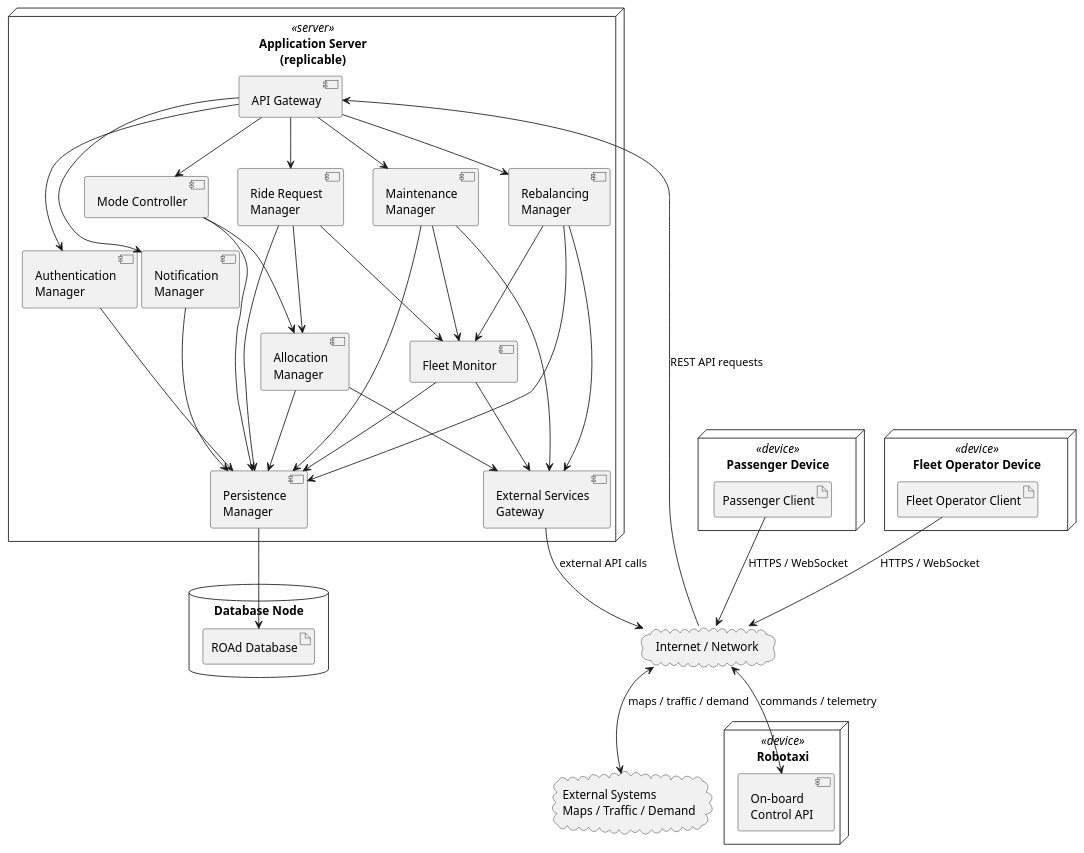
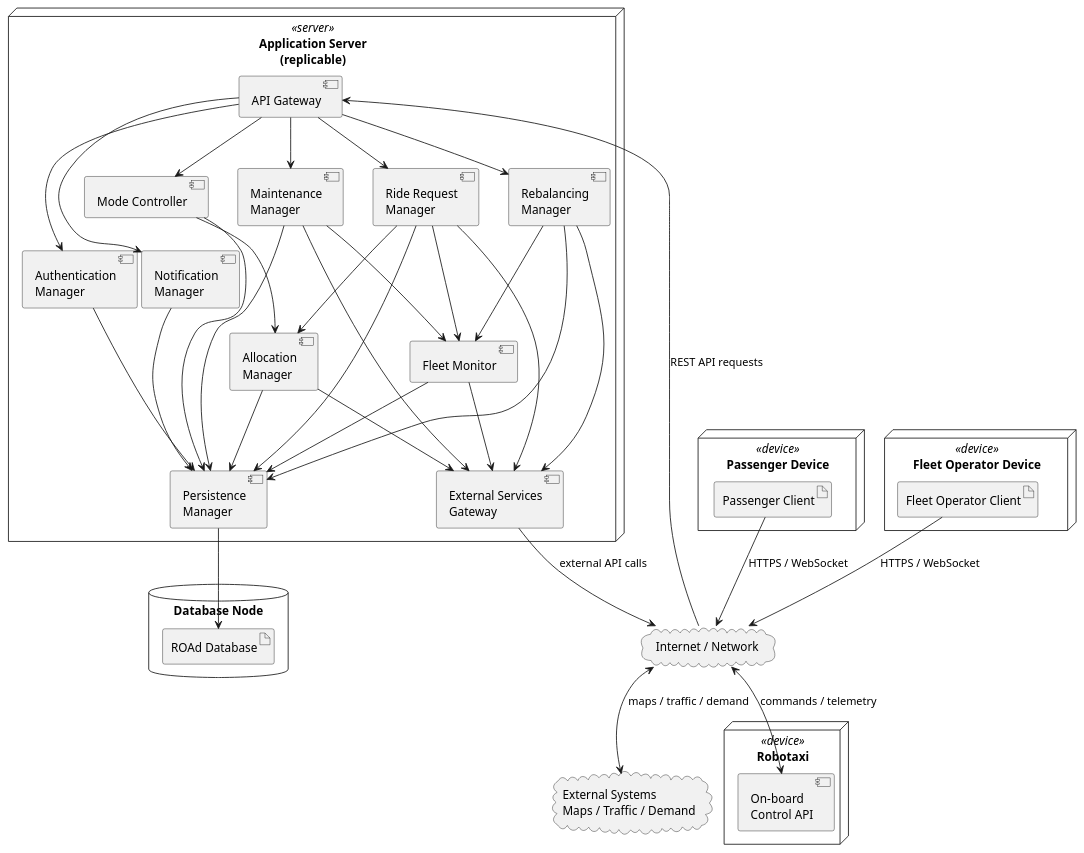
One commit to meggie-0/SE4A_ROAd_MargheritaBertipaglia_DavidCazzaniga_PasqualeIgnarra_Project changed the tenth of 10 diagrams in Implementation/docs/DD.md. Above: the diagram before and after it, drawn with PlantUML. The commit also changed other lines of this file and 30 other files, not shown here.

First line of the commit message:
M4: add RideRequestManager, advance booking activation and cancellation

````diff
--- a/Implementation/docs/DD.md
+++ b/Implementation/docs/DD.md
@@ -1006,71 +1018,72 @@
 ```plantuml
 node "Passenger Device" <<device>> as PassengerDevice {
     artifact "Passenger Client" as PassengerClient
 }
 
 node "Fleet Operator Device" <<device>> as OperatorDevice {
     artifact "Fleet Operator Client" as OperatorClient
 }
 
 cloud "Internet / Network" as Network
 
 node "Application Server\n(replicable)" <<server>> as AppServer {
     component "API Gateway" as APIGateway
     component "Authentication\nManager" as AuthManager
     component "Ride Request\nManager" as RideRequestManager
     component "Allocation\nManager" as AllocationManager
     component "Notification\nManager" as NotificationManager
     component "Maintenance\nManager" as MaintenanceManager
     component "Rebalancing\nManager" as RebalancingManager
     component "Fleet Monitor" as FleetMonitor
     component "Mode Controller" as ModeController
     component "Persistence\nManager" as PersistenceManager
     component "External Services\nGateway" as ExternalServicesGateway
 }
 
 database "Database Node" as DB {
     artifact "ROAd Database" as RoadDB
 }
 
 node "Robotaxi" <<device>> as Robotaxi {
     component "On-board\nControl API" as RobotaxiAPI
 }
 
 cloud "External Systems\nMaps / Traffic / Demand" as ExternalSystems
 
 PassengerClient --> Network : HTTPS / WebSocket
 OperatorClient --> Network : HTTPS / WebSocket
 Network --> APIGateway : REST API requests
 
 APIGateway --> AuthManager
 APIGateway --> RideRequestManager
 APIGateway --> NotificationManager
 APIGateway --> MaintenanceManager
 APIGateway --> RebalancingManager
 APIGateway --> ModeController
 
 RideRequestManager --> AllocationManager
 RideRequestManager --> FleetMonitor
 ModeController --> AllocationManager
 MaintenanceManager --> FleetMonitor
 RebalancingManager --> FleetMonitor
 
 AllocationManager --> ExternalServicesGateway
+RideRequestManager --> ExternalServicesGateway
 MaintenanceManager --> ExternalServicesGateway
 RebalancingManager --> ExternalServicesGateway
 FleetMonitor --> ExternalServicesGateway
 
 AuthManager --> PersistenceManager
 RideRequestManager --> PersistenceManager
 AllocationManager --> PersistenceManager
 NotificationManager --> PersistenceManager
 MaintenanceManager --> PersistenceManager
 RebalancingManager --> PersistenceManager
 FleetMonitor --> PersistenceManager
 ModeController --> PersistenceManager
 PersistenceManager --> RoadDB
 
 ExternalServicesGateway --> Network : external API calls
 Network <--> RobotaxiAPI : commands / telemetry
 Network <--> ExternalSystems : maps / traffic / demand
 ```
````
